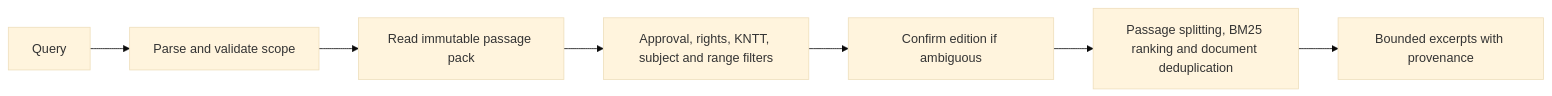
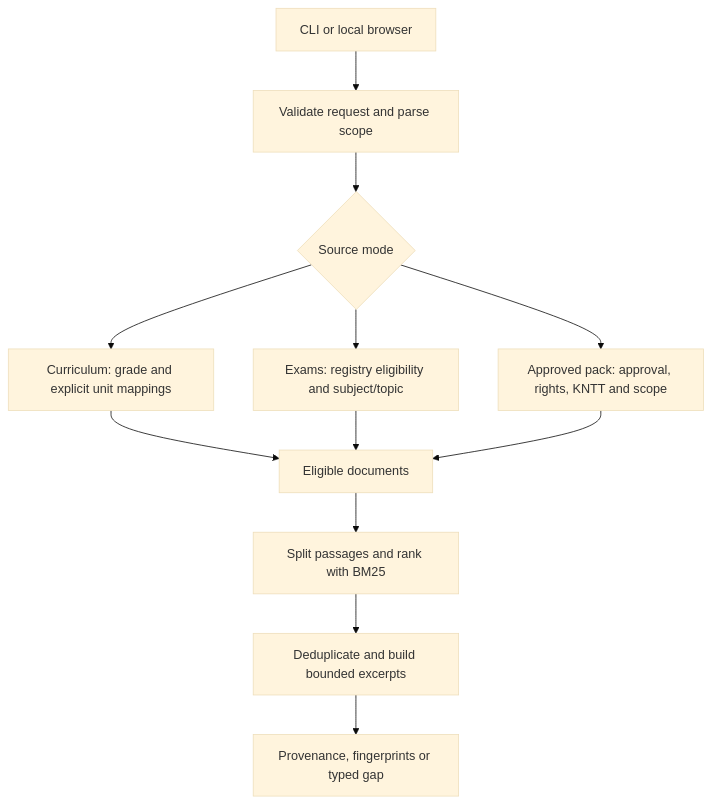
One commit to ndmhuy/ASTRA changed the diagram in docs/rag-workflow.md. Above: the diagram before and after it, drawn with Mermaid (base theme). The commit also changed other lines of this file and 4 other files, not shown here.

Commit message:
docs(rag): consolidate usage architecture and corpus guide

````diff
--- a/docs/rag-workflow.md
+++ b/docs/rag-workflow.md
@@ -146,9 +59,14 @@
 ```mermaid
-flowchart LR
-  A[Query] --> B[Parse and validate scope]
-  B --> C[Read immutable passage pack]
-  C --> D[Approval, rights, KNTT, subject and range filters]
-  D --> E[Confirm edition if ambiguous]
-  E --> F[Passage splitting, BM25 ranking and document deduplication]
-  F --> G[Bounded excerpts with provenance]
+flowchart TD
+    A[CLI or local browser] --> B[Validate request and parse scope]
+    B --> C{Source mode}
+    C --> D[Curriculum: grade and explicit unit mappings]
+    C --> E[Exams: registry eligibility and subject/topic]
+    C --> F[Approved pack: approval, rights, KNTT and scope]
+    D --> G[Eligible documents]
+    E --> G
+    F --> G
+    G --> H[Split passages and rank with BM25]
+    H --> I[Deduplicate and build bounded excerpts]
+    I --> J[Provenance, fingerprints or typed gap]
 ```
````
